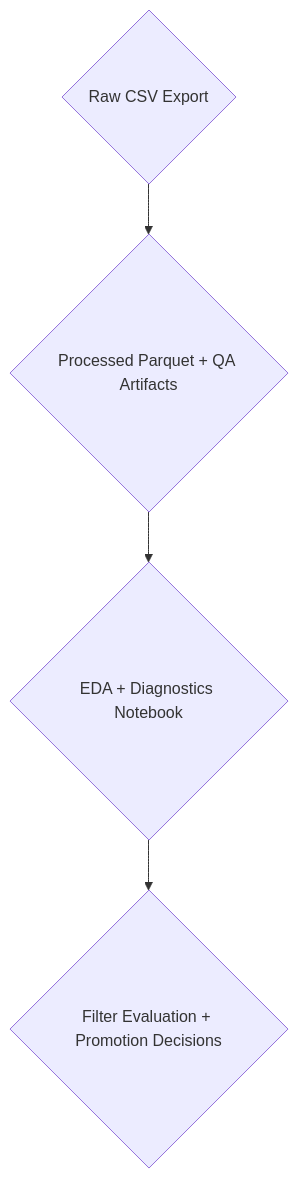
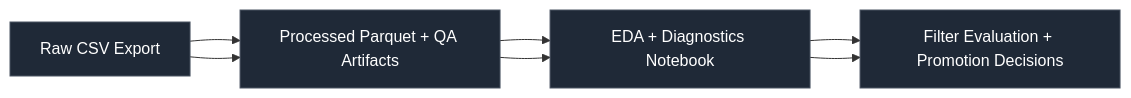
One commit to Gopher16/oddsjam-ev-filters changed the diagram in README.md. Above: the diagram before and after it, drawn with Mermaid.

Commit message:
docs(readme): refine high-level workflow diagram with styled horizontal mermaid flow

````diff
--- a/README.md
+++ b/README.md
@@ -35,7 +35,12 @@
 ```mermaid
-flowchart TB
+flowchart LR
 
-csv{"Raw CSV Export"} --> proc{"Processed Parquet + QA Artifacts"}
-proc --> eda{"EDA + Diagnostics Notebook"}
-eda --> eval{"Filter Evaluation + Promotion Decisions"}
+classDef stage fill:#1f2937,color:#ffffff,stroke:#4b5563,stroke-width:1px;
+
+csv[Raw CSV Export]:::stage --> 
+proc[Processed Parquet + QA Artifacts]:::stage --> 
+eda[EDA + Diagnostics Notebook]:::stage --> 
+eval[Filter Evaluation + Promotion Decisions]:::stage
+
+csv --> proc --> eda --> eval
 ```
````
